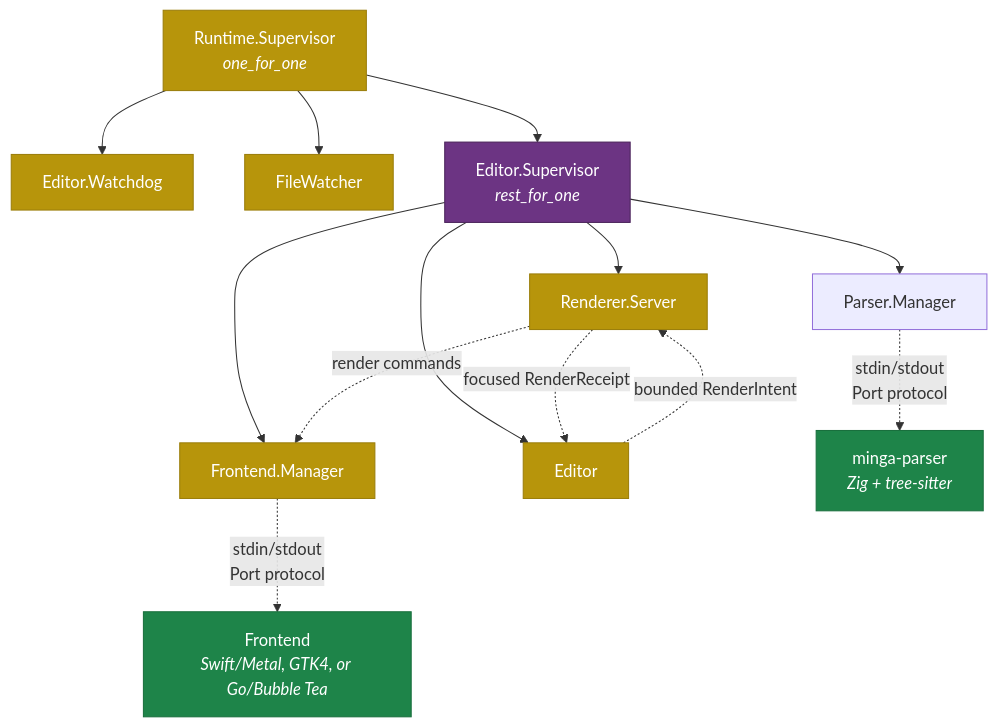
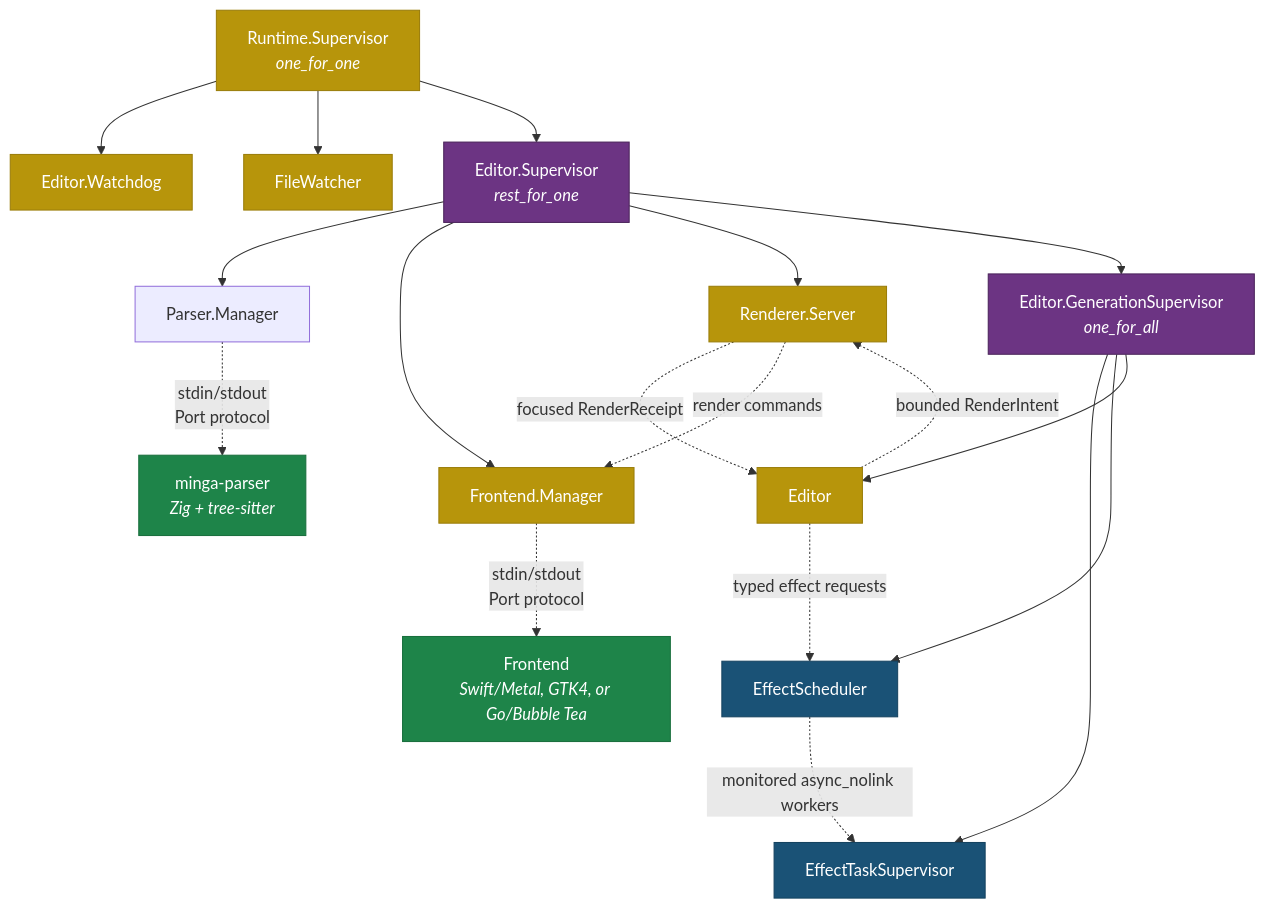
The sixth of 10 diagrams in docs/ARCHITECTURE.md (jsmestad/minga), drawn with Mermaid before and after one commit. The commit also changed other lines of this file and 39 other files, not shown here.

Commit message:
feat(editor): own slow effect lifecycles

````diff
--- a/docs/ARCHITECTURE.md
+++ b/docs/ARCHITECTURE.md
@@ -246,27 +246,35 @@
 ```mermaid
 graph TD
     RT["Runtime.Supervisor<br/><i>one_for_one</i>"]
     RT --> WD["Editor.Watchdog"]
     RT --> FW["FileWatcher"]
     RT --> EDSUP["Editor.Supervisor<br/><i>rest_for_one</i>"]
     EDSUP --> PARSER["Parser.Manager"]
     EDSUP --> PM["Frontend.Manager"]
     EDSUP --> RENDER["Renderer.Server"]
-    EDSUP --> ED["Editor"]
+    EDSUP --> GEN["Editor.GenerationSupervisor<br/><i>one_for_all</i>"]
+    GEN --> TASKS["EffectTaskSupervisor"]
+    GEN --> EFFECTS["EffectScheduler"]
+    GEN --> ED["Editor"]
 
+    ED -. "typed effect requests" .-> EFFECTS
+    EFFECTS -. "monitored async_nolink workers" .-> TASKS
     ED -. "bounded RenderIntent" .-> RENDER
     RENDER -. "focused RenderReceipt" .-> ED
     RENDER -. "render commands" .-> PM
     PM -. "stdin/stdout<br/>Port protocol" .-> FE["Frontend<br/><i>Swift/Metal, GTK4, or Go/Bubble Tea</i>"]
     PARSER -. "stdin/stdout<br/>Port protocol" .-> ZIG_P["minga-parser<br/><i>Zig + tree-sitter</i>"]
 
     style RT fill:#b7950b,stroke:#9a7d0a,color:#fff
     style EDSUP fill:#6c3483,stroke:#4a235a,color:#fff
     style PM fill:#b7950b,stroke:#9a7d0a,color:#fff
     style RENDER fill:#b7950b,stroke:#9a7d0a,color:#fff
+    style GEN fill:#6c3483,stroke:#4a235a,color:#fff
+    style TASKS fill:#1a5276,stroke:#154360,color:#fff
+    style EFFECTS fill:#1a5276,stroke:#154360,color:#fff
     style ED fill:#b7950b,stroke:#9a7d0a,color:#fff
     style WD fill:#b7950b,stroke:#9a7d0a,color:#fff
     style FW fill:#b7950b,stroke:#9a7d0a,color:#fff
     style FE fill:#1e8449,stroke:#196f3d,color:#fff
     style ZIG_P fill:#1e8449,stroke:#196f3d,color:#fff
 ```
````
